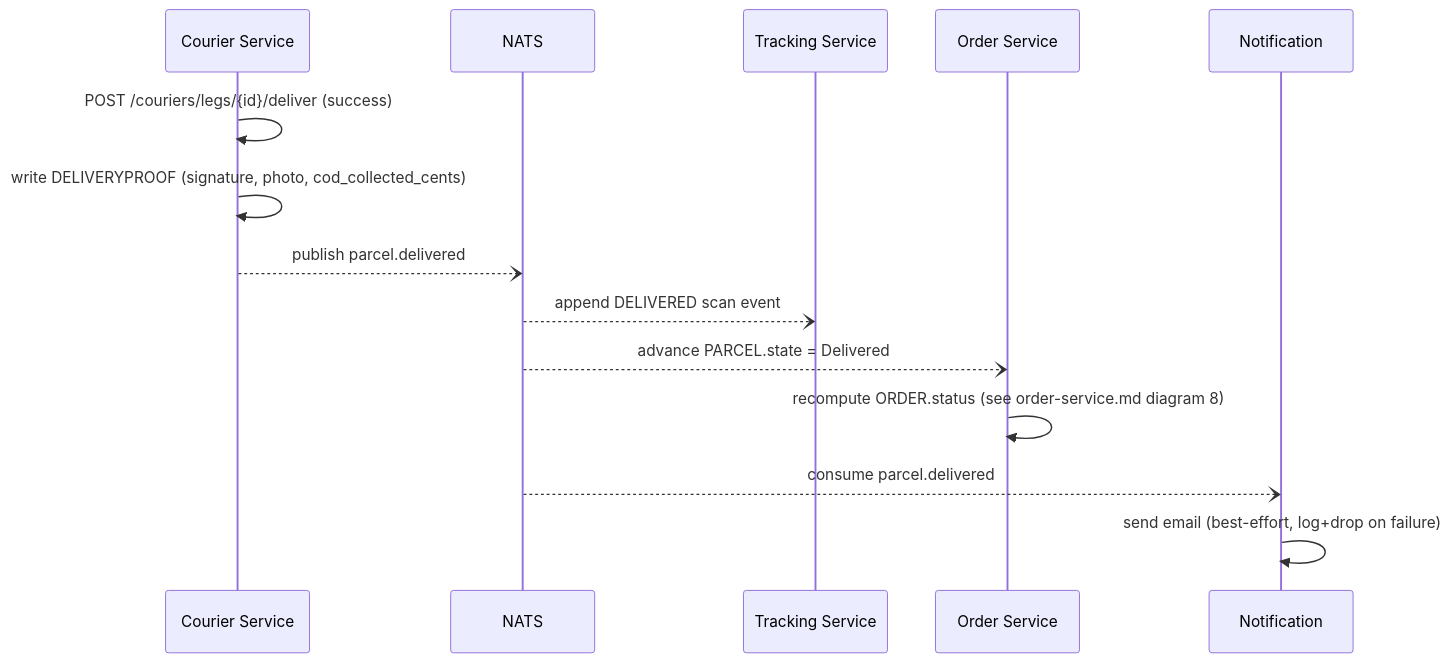
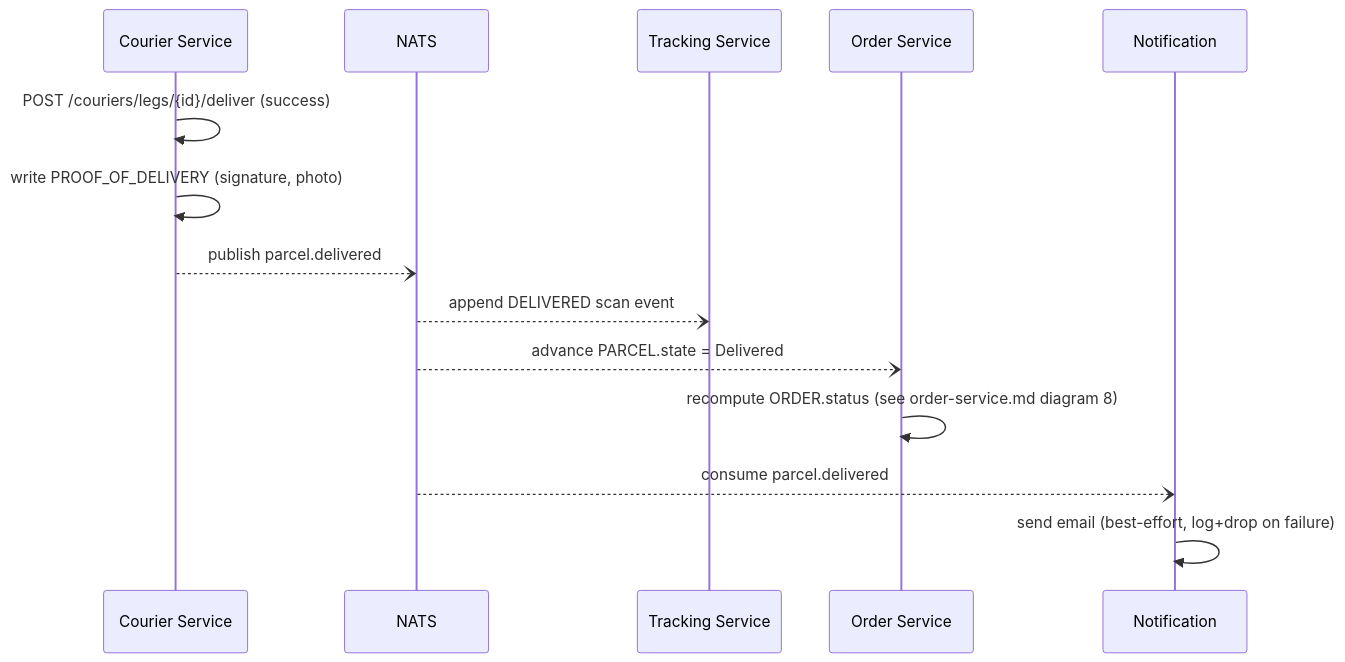
The second of 3 diagrams in shipping-system/docs/lld/courier-service.md (dunguyen-311201/nestjs), drawn with Mermaid before and after one commit. The commit also changed other lines of this file and 9 other files, not shown here.

````diff
--- a/shipping-system/docs/lld/courier-service.md
+++ b/shipping-system/docs/lld/courier-service.md
@@ -62,17 +53,17 @@
 ```mermaid
 sequenceDiagram
     participant Courier as Courier Service
     participant NATS
     participant Tracking as Tracking Service
     participant Order as Order Service
     participant Notification
 
     Courier->>Courier: POST /couriers/legs/{id}/deliver (success)
-    Courier->>Courier: write DELIVERYPROOF (signature, photo, cod_collected_cents)
+    Courier->>Courier: write PROOF_OF_DELIVERY (signature, photo)
     Courier--)NATS: publish parcel.delivered
     NATS--)Tracking: append DELIVERED scan event
     NATS--)Order: advance PARCEL.state = Delivered
     Order->>Order: recompute ORDER.status (see order-service.md diagram 8)
     NATS--)Notification: consume parcel.delivered
     Notification->>Notification: send email (best-effort, log+drop on failure)
 ```
````
